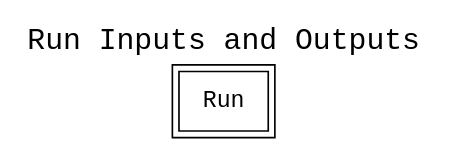
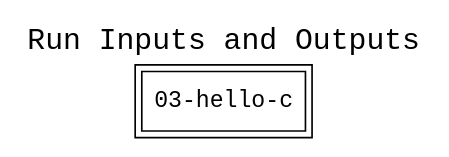
One commit to CIRSS/cpr changed the diagram in examples/02-blazegraph-examples/03-hello-c/run/graph-1.gv. Above: the diagram before and after it, drawn with Graphviz. The commit also changed other lines of this file and 58 other files, not shown here.

```diff
--- a/examples/02-blazegraph-examples/03-hello-c/run/graph-1.gv
+++ b/examples/02-blazegraph-examples/03-hello-c/run/graph-1.gv
@@ -1,26 +1,27 @@
+
 
 digraph cpr_run {
 rankdir=LR
 fontname=Courier; fontsize=18; labelloc=t
 label="Run Inputs and Outputs"
 
 node[shape=box style="filled" fillcolor="#FFFFFF" peripheries=2 fontname=Courier]
-Run
+"run" [label="03-hello-c"]
 
 subgraph cluster_input_files { label=""; color=white; penwidth=0
 subgraph cluster_input_files_inner { label=""; color=white
 node[shape=box style="rounded,filled" fillcolor="#FFFFCC" peripheries=1 fontname=Helvetica]
 
 }}
 
 
 
 subgraph cluster_output_files { label=""; color=white; penwidth=0
 subgraph cluster_output_files_inner { label=""; color=white
 node[shape=box style="rounded,filled" fillcolor="#FFFFCC" peripheries=1 fontname=Helvetica]
 
 }}
 
 
 
 }
```
